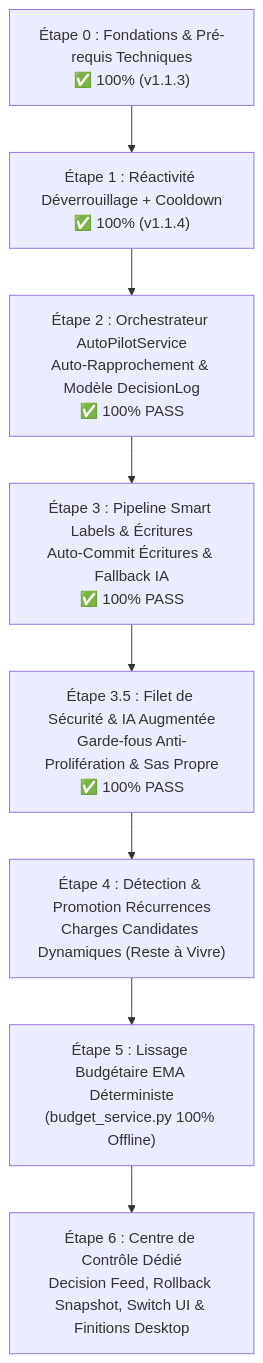
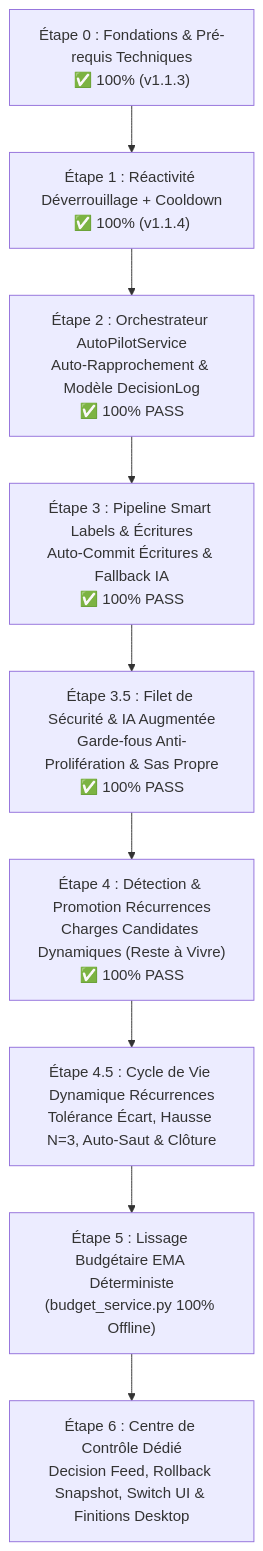
The diagram in docs/AUTO_PILOT_ROADMAP.md (Aschefr/OmniBank-Local), drawn with Mermaid before and after one commit. The commit also changed other lines of this file and 34 other files, not shown here.

````diff
--- a/docs/AUTO_PILOT_ROADMAP.md
+++ b/docs/AUTO_PILOT_ROADMAP.md
@@ -461,10 +519,11 @@
 ```mermaid
 graph TD
     Z["Étape 0 : Fondations & Pré-requis Techniques<br/>✅ 100% (v1.1.3)"] --> A["Étape 1 : Réactivité Déverrouillage + Cooldown<br/>✅ 100% (v1.1.4)"]
     A --> B["Étape 2 : Orchestrateur AutoPilotService<br/>Auto-Rapprochement & Modèle DecisionLog<br/>✅ 100% PASS"]
     B --> C["Étape 3 : Pipeline Smart Labels & Écritures<br/>Auto-Commit Écritures & Fallback IA<br/>✅ 100% PASS"]
     C --> C1["Étape 3.5 : Filet de Sécurité & IA Augmentée<br/>Garde-fous Anti-Prolifération & Sas Propre<br/>✅ 100% PASS"]
-    C1 --> D["Étape 4 : Détection & Promotion Récurrences<br/>Charges Candidates Dynamiques (Reste à Vivre)"]
-    D --> E["Étape 5 : Lissage Budgétaire EMA Déterministe<br/>(budget_service.py 100% Offline)"]
+    C1 --> D["Étape 4 : Détection & Promotion Récurrences<br/>Charges Candidates Dynamiques (Reste à Vivre)<br/>✅ 100% PASS"]
+    D --> D1["Étape 4.5 : Cycle de Vie Dynamique Récurrences<br/>Tolérance Écart, Hausse N=3, Auto-Saut & Clôture"]
+    D1 --> E["Étape 5 : Lissage Budgétaire EMA Déterministe<br/>(budget_service.py 100% Offline)"]
     E --> F["Étape 6 : Centre de Contrôle Dédié<br/>Decision Feed, Rollback Snapshot, Switch UI & Finitions Desktop"]
 ```
````
